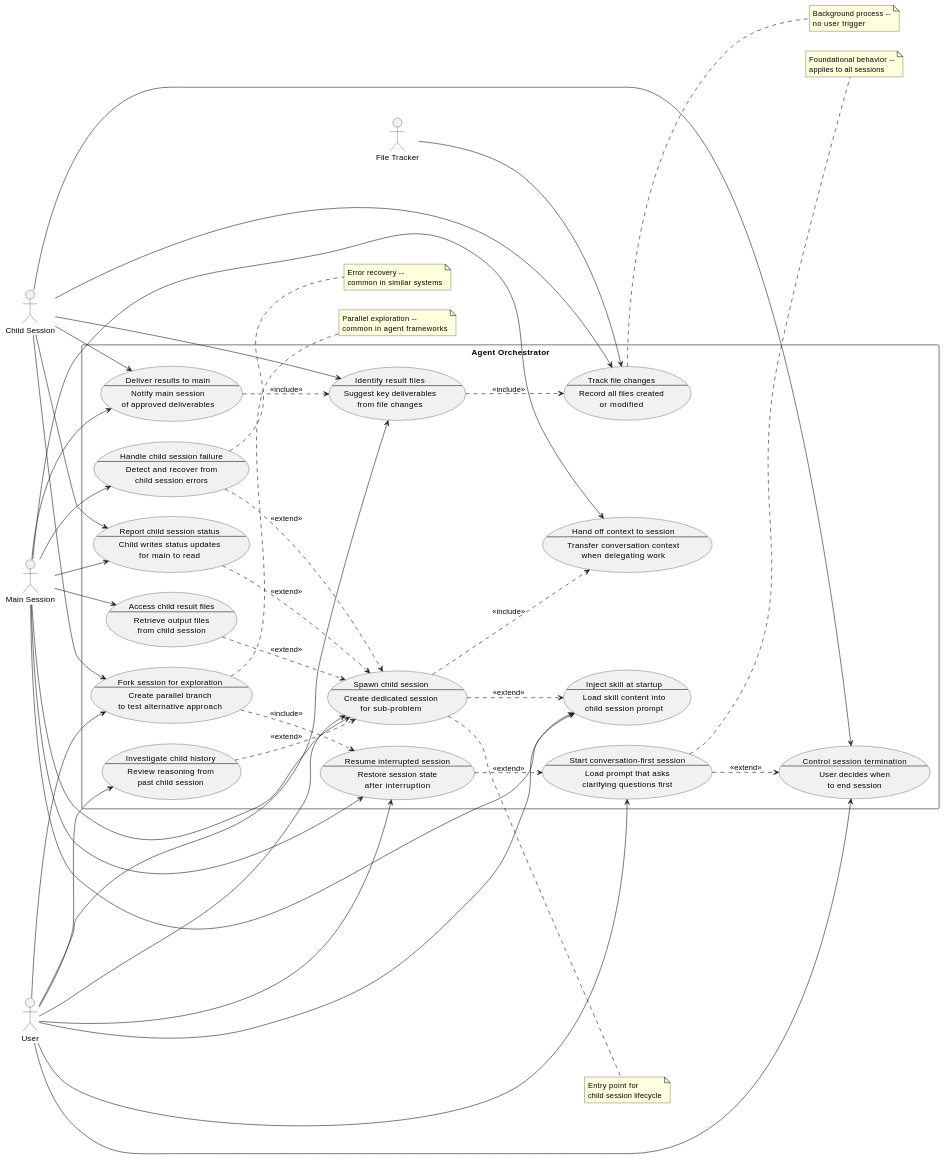
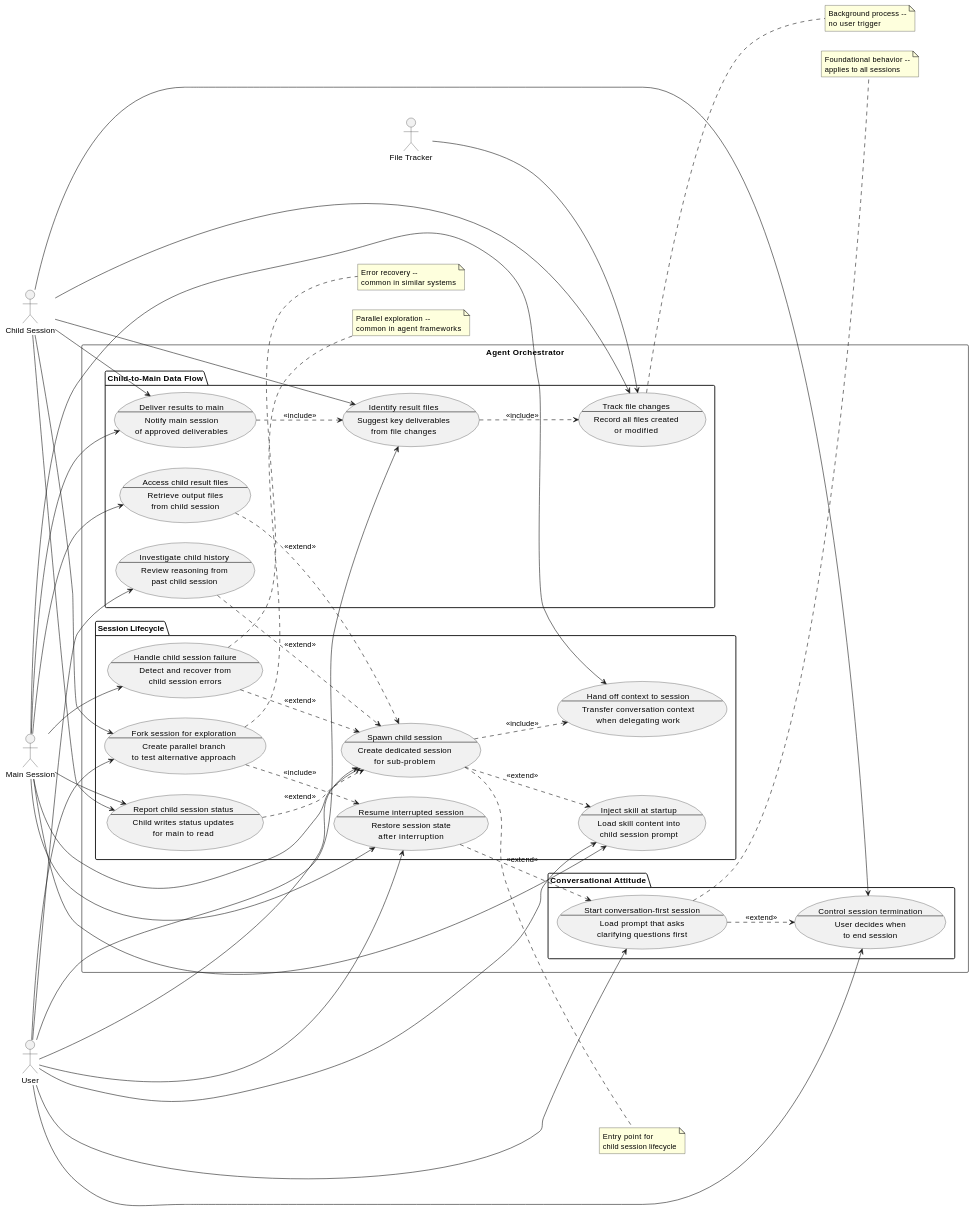
Before and after one commit to studykit/studykit-marketplace: the diagram in A4/co-think/agent-orchestrator.usecase.md, drawn with PlantUML. The commit also changed 2 other files, not shown here.

Commit message:
refactor(usecase): group related diagrams into packages
- Improve readability by clustering related use cases into named groups.
- Keep the output template aligned with the relationship guidance.
- Document when to use packages so future diagrams stay consistent.

```diff
--- a/A4/co-think/agent-orchestrator.usecase.md
+++ b/A4/co-think/agent-orchestrator.usecase.md
@@ -81,62 +81,70 @@
 actor "File Tracker" as tracker
 
 rectangle "Agent Orchestrator" {
-  usecase UC1 as "Start conversation-first session
-  --
-  Load prompt that asks
-  clarifying questions first"
-  usecase UC2 as "Spawn child session
-  --
-  Create dedicated session
-  for sub-problem"
-  usecase UC3 as "Report child session status
-  --
-  Child writes status updates
-  for main to read"
-  usecase UC4 as "Access child result files
-  --
-  Retrieve output files
-  from child session"
-  usecase UC5 as "Investigate child history
-  --
-  Review reasoning from
-  past child session"
-  usecase UC6 as "Control session termination
-  --
-  User decides when
-  to end session"
-  usecase UC7 as "Inject skill at startup
-  --
-  Load skill content into
-  child session prompt"
-  usecase UC8 as "Track file changes
-  --
-  Record all files created
-  or modified"
-  usecase UC9 as "Identify result files
-  --
-  Suggest key deliverables
-  from file changes"
-  usecase UC10 as "Deliver results to main
-  --
-  Notify main session
-  of approved deliverables"
-  usecase UC11 as "Resume interrupted session
-  --
-  Restore session state
-  after interruption"
-  usecase UC12 as "Handle child session failure
-  --
-  Detect and recover from
-  child session errors"
-  usecase UC13 as "Fork session for exploration
-  --
-  Create parallel branch
-  to test alternative approach"
-  usecase UC14 as "Hand off context to session
-  --
-  Transfer conversation context
-  when delegating work"
+  package "Conversational Attitude" {
+    usecase UC1 as "Start conversation-first session
+    --
+    Load prompt that asks
+    clarifying questions first"
+    usecase UC6 as "Control session termination
+    --
+    User decides when
+    to end session"
+  }
+
+  package "Session Lifecycle" {
+    usecase UC2 as "Spawn child session
+    --
+    Create dedicated session
+    for sub-problem"
+    usecase UC3 as "Report child session status
+    --
+    Child writes status updates
+    for main to read"
+    usecase UC7 as "Inject skill at startup
+    --
+    Load skill content into
+    child session prompt"
+    usecase UC11 as "Resume interrupted session
+    --
+    Restore session state
+    after interruption"
+    usecase UC12 as "Handle child session failure
+    --
+    Detect and recover from
+    child session errors"
+    usecase UC13 as "Fork session for exploration
+    --
+    Create parallel branch
+    to test alternative approach"
+    usecase UC14 as "Hand off context to session
+    --
+    Transfer conversation context
+    when delegating work"
+  }
+
+  package "Child-to-Main Data Flow" {
+    usecase UC4 as "Access child result files
+    --
+    Retrieve output files
+    from child session"
+    usecase UC5 as "Investigate child history
+    --
+    Review reasoning from
+    past child session"
+    usecase UC8 as "Track file changes
+    --
+    Record all files created
+    or modified"
+    usecase UC9 as "Identify result files
+    --
+    Suggest key deliverables
+    from file changes"
+    usecase UC10 as "Deliver results to main
+    --
+    Notify main session
+    of approved deliverables"
+  }
 }
 
 user --> UC1
```
